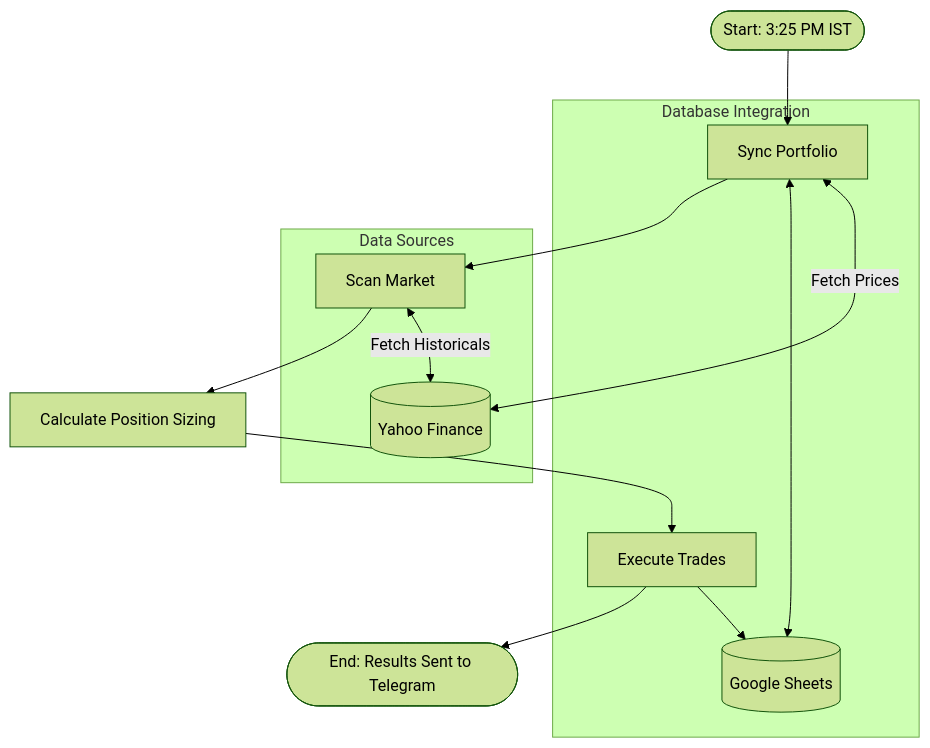
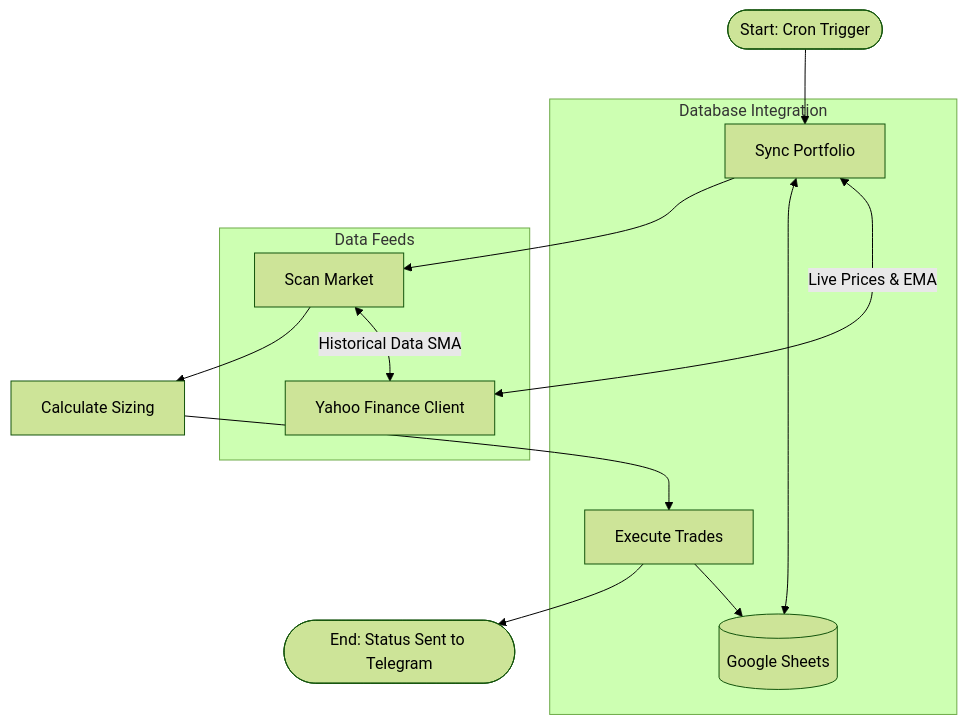
The diagram in walkthrough.md (ckbasak/Swing-Trading), drawn with Mermaid (forest theme) before and after one commit. The commit also changed other lines of this file and 5 other files, not shown here.

Commit message:
Revert Shoonya API integration: remove shoonya_client.py, clean dependencies, restore yfinance as sole market data provider, and update documentation

````diff
--- a/walkthrough.md
+++ b/walkthrough.md
@@ -11,18 +11,18 @@
 ```mermaid
 graph TD
-    A([Start: 3:25 PM IST]) --> B[Sync Portfolio]
+    A([Start: Cron Trigger]) --> B[Sync Portfolio]
     B --> C[Scan Market]
-    C --> D[Calculate Position Sizing]
+    C --> D[Calculate Sizing]
     D --> E[Execute Trades]
-    E --> F([End: Results Sent to Telegram])
+    E --> F([End: Status Sent to Telegram])
     
     subgraph Database Integration
         B <--> G[(Google Sheets)]
         E --> G
     end
     
-    subgraph Data Sources
-        B <-- Fetch Prices --> H[(Yahoo Finance)]
-        C <-- Fetch Historicals --> H
+    subgraph Data Feeds
+        B <-- Live Prices & EMA --> I[Yahoo Finance Client]
+        C <-- Historical Data SMA --> I
     end
 ```
````
